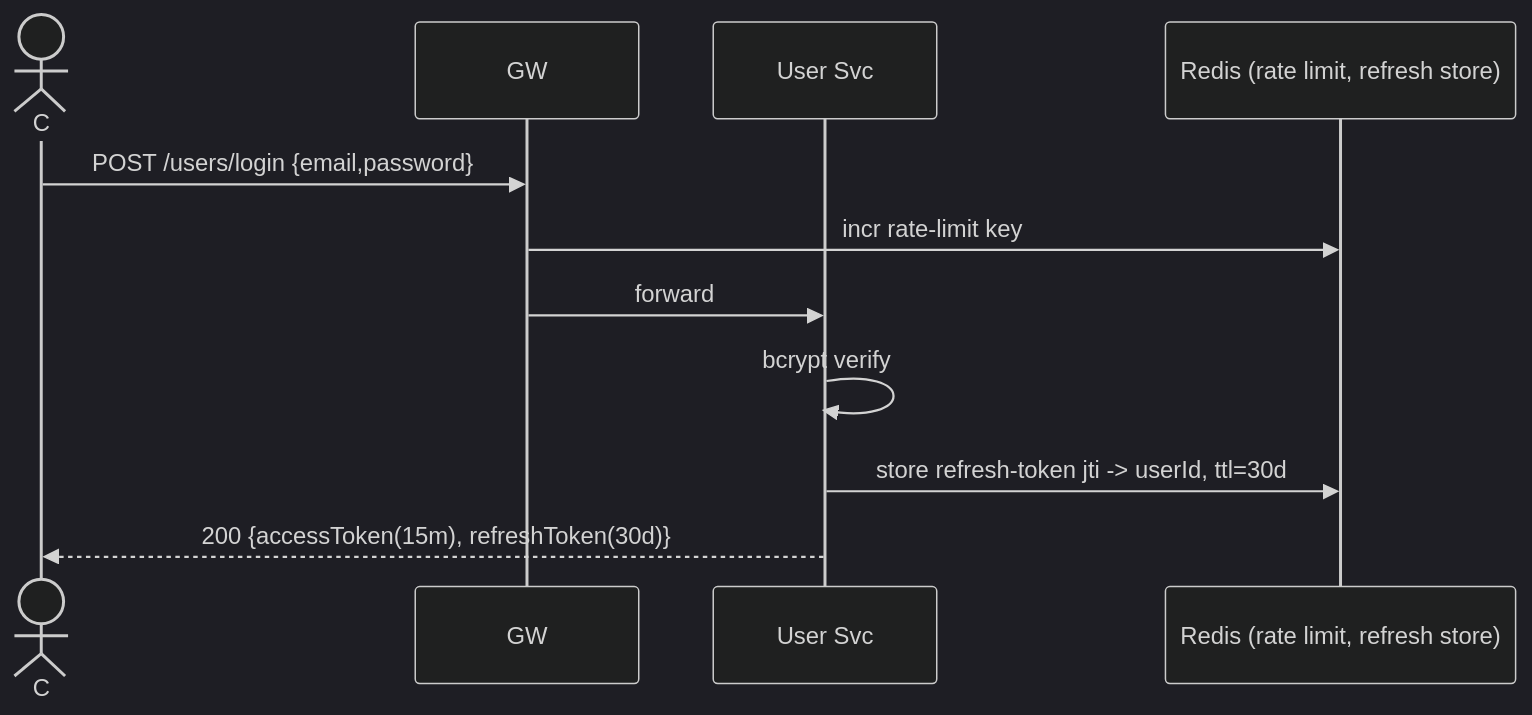
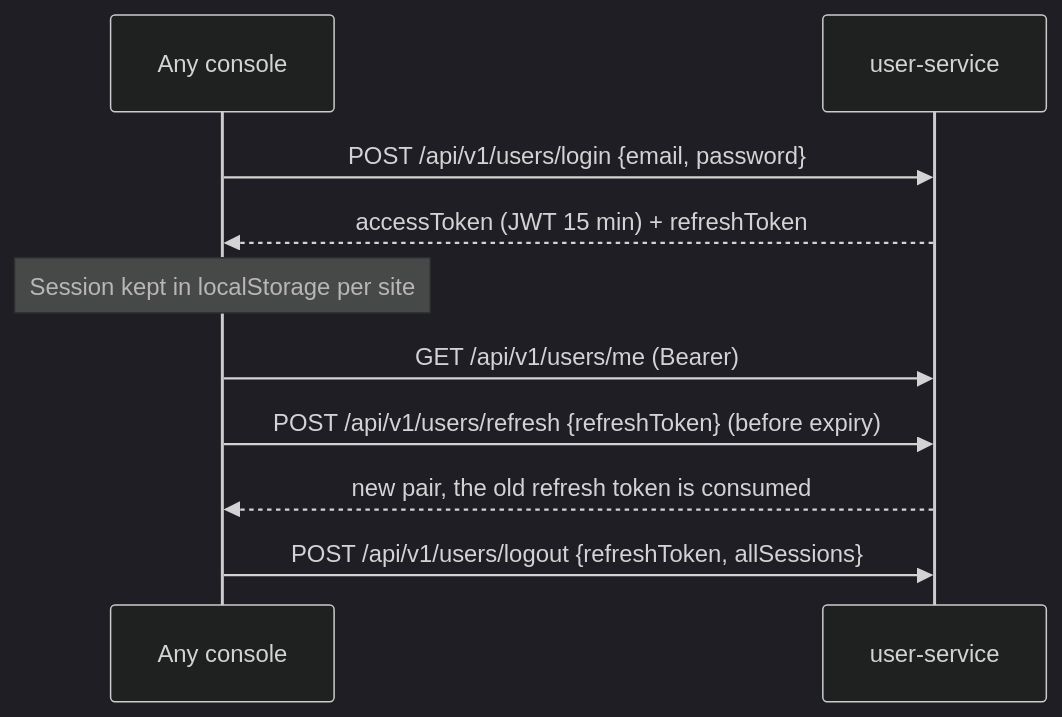
The fifth of 14 diagrams in marketplace_tdd.md (RaghuMHulkoti/inventory-manager), drawn with Mermaid (dark theme) before and after one commit. The commit also changed other lines of this file, not shown here.

````diff
--- a/marketplace_tdd.md
+++ b/marketplace_tdd.md
@@ -1708,13 +347,12 @@
 ```mermaid
 sequenceDiagram
-    actor C
-    participant GW
-    participant US as User Svc
-    participant R as Redis (rate limit, refresh store)
-    C->>GW: POST /users/login {email,password}
-    GW->>R: incr rate-limit key
-    GW->>US: forward
-    US->>US: bcrypt verify
-    US->>R: store refresh-token jti -> userId, ttl=30d
-    US-->>C: 200 {accessToken(15m), refreshToken(30d)}
+    participant B as Any console
+    participant U as user-service
+    B->>U: POST /api/v1/users/login {email, password}
+    U-->>B: accessToken (JWT 15 min) + refreshToken
+    Note over B: Session kept in localStorage per site
+    B->>U: GET /api/v1/users/me (Bearer)
+    B->>U: POST /api/v1/users/refresh {refreshToken} (before expiry)
+    U-->>B: new pair, the old refresh token is consumed
+    B->>U: POST /api/v1/users/logout {refreshToken, allSessions}
 ```
````
